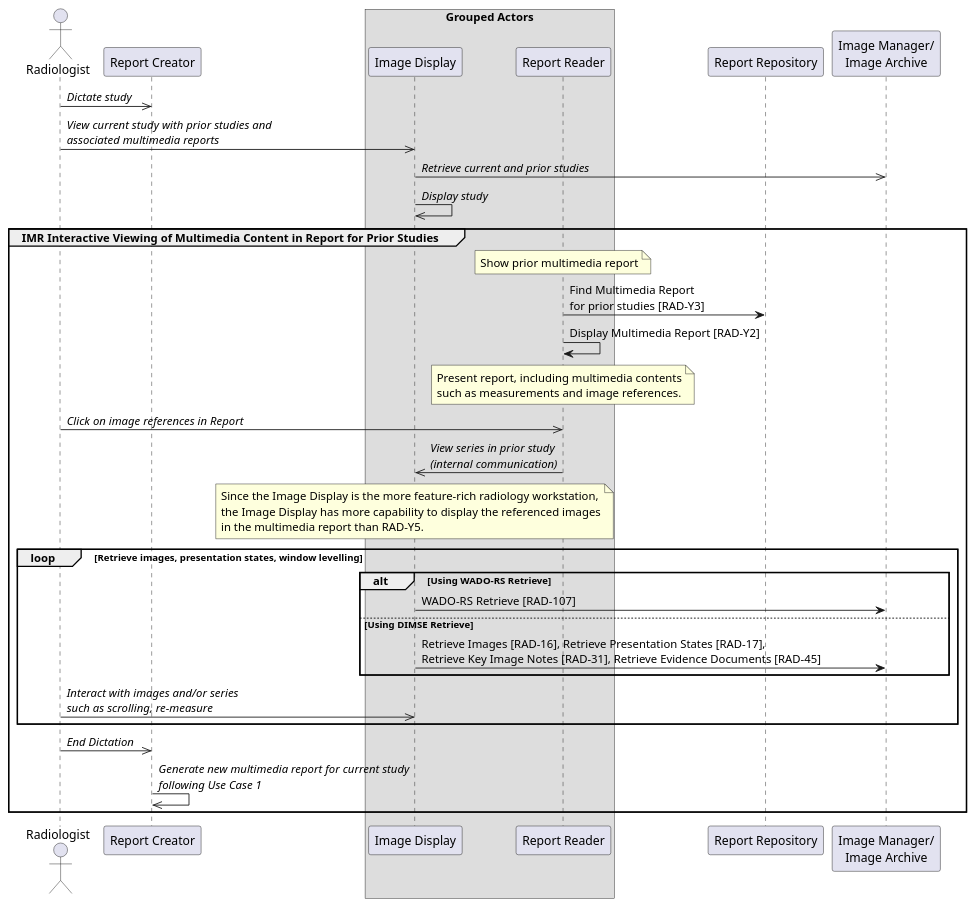
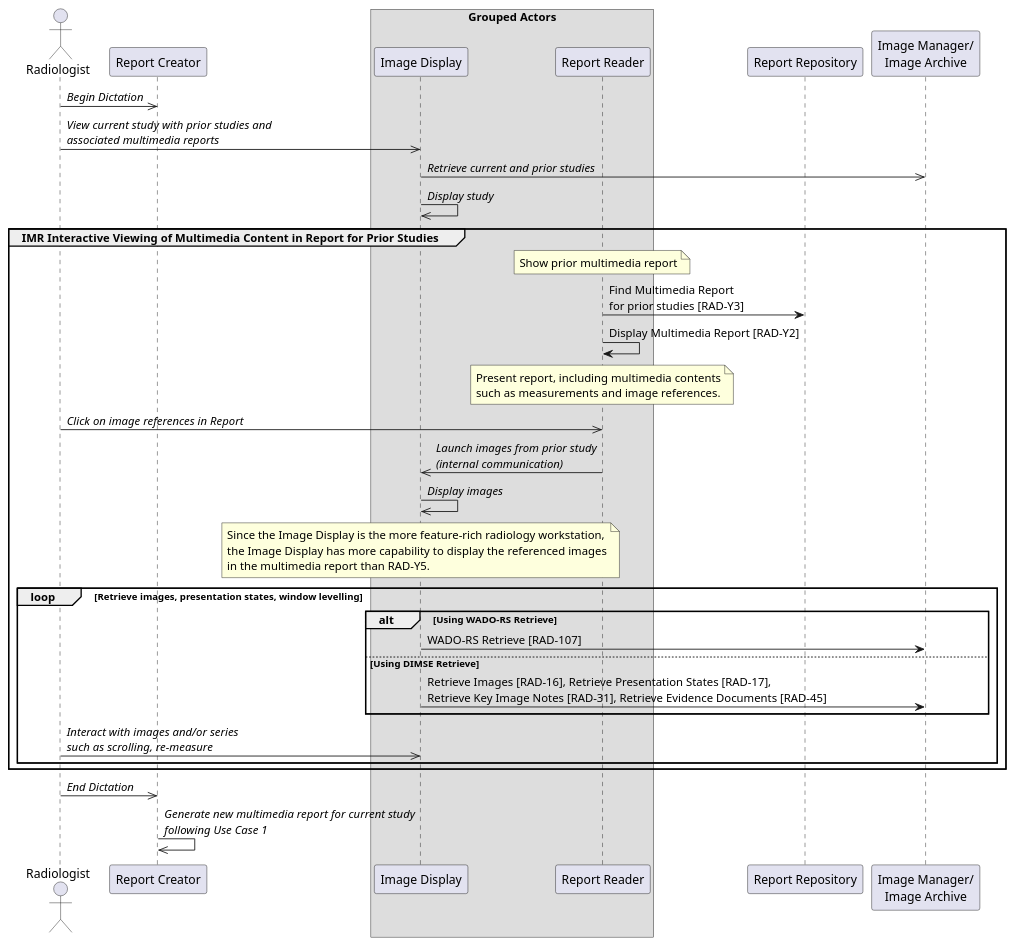
Before and after one commit to IHE/RAD.IMR: the diagram in input/images-source/uc4-presenting-interactive-report-PACS.plantuml, drawn with PlantUML. The commit also changed 4 other files, not shown here.

Commit message:
Update diagrams based on review comments.

```diff
--- a/input/images-source/uc4-presenting-interactive-report-PACS.plantuml
+++ b/input/images-source/uc4-presenting-interactive-report-PACS.plantuml
@@ -1,54 +1,55 @@
 @startuml
 
 actor Radiologist as Radiologist
 
 participant "Report Creator" as RCreator
 
 box Grouped Actors
 participant "Image Display" as Display
 participant "Report Reader" as Reader
 end box
 
 participant "Report Repository" as Repo
 participant "Image Manager/\nImage Archive" as Archive
 
-Radiologist->>RCreator: //Dictate study//
+Radiologist->>RCreator: //Begin Dictation//
 Radiologist->>Display: //View current study with prior studies and//\n//associated multimedia reports//
 Display->>Archive: //Retrieve current and prior studies//
 Display->>Display: //Display study//
 
 group IMR Interactive Viewing of Multimedia Content in Report for Prior Studies
 note over Reader: Show prior multimedia report
 Reader->Repo: Find Multimedia Report\nfor prior studies [RAD-Y3]
 Reader->Reader: Display Multimedia Report [RAD-Y2]
 
 note over Reader
 Present report, including multimedia contents
 such as measurements and image references.
 end note
 
 Radiologist->>Reader: //Click on image references in Report//
-Reader->>Display: //View series in prior study//\n//(internal communication)//
+Reader->>Display: //Launch images from prior study//\n//(internal communication)//
+Display->>Display: //Display images//
 note over Display
 Since the Image Display is the more feature-rich radiology workstation,
 the Image Display has more capability to display the referenced images
 in the multimedia report than RAD-Y5.
 end note
 
 loop Retrieve images, presentation states, window levelling
 alt Using WADO-RS Retrieve
 Display->Archive: WADO-RS Retrieve [RAD-107]
 else Using DIMSE Retrieve
 Display->Archive: Retrieve Images [RAD-16], Retrieve Presentation States [RAD-17],\nRetrieve Key Image Notes [RAD-31], Retrieve Evidence Documents [RAD-45]
 end
 
 Radiologist->>Display: //Interact with images and/or series//\n//such as scrolling, re-measure//
 end loop
 
+end
+
 Radiologist->>RCreator: //End Dictation//
 RCreator->>RCreator: //Generate new multimedia report for current study//\n//following Use Case 1//
 
-end
-
 
 @enduml
```
